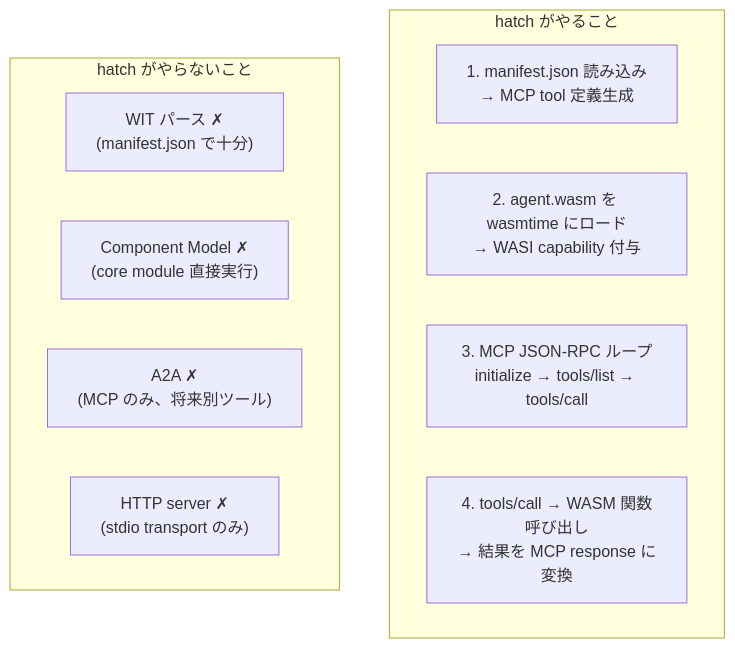
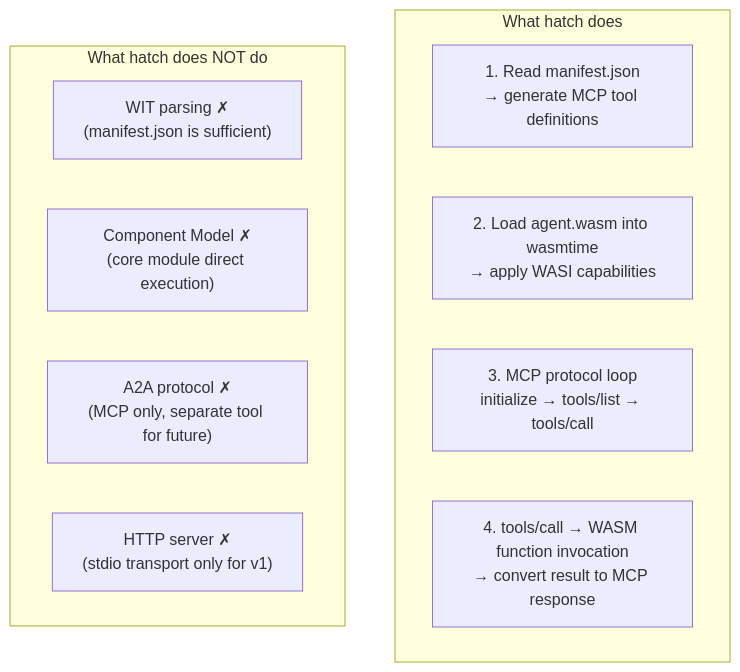
One commit to almide/almide changed the eighth of 8 diagrams in docs/wasm/agent-container.md. Above: the diagram before and after it, drawn with Mermaid. The commit also changed other lines of this file and 5 other files, not shown here.

Commit message:
Expand docs/wasm/ to 5,145 lines: deep technical reference for WASM agent containers

````diff
--- a/docs/wasm/agent-container.md
+++ b/docs/wasm/agent-container.md
@@ -281,16 +1059,16 @@
 ```mermaid
 graph TB
-    subgraph "hatch がやること"
-        READ_MANIFEST["1. manifest.json 読み込み<br/>→ MCP tool 定義生成"]
-        LOAD_WASM["2. agent.wasm を wasmtime にロード<br/>→ WASI capability 付与"]
-        MCP_LOOP["3. MCP JSON-RPC ループ<br/>initialize → tools/list → tools/call"]
-        DISPATCH["4. tools/call → WASM 関数呼び出し<br/>→ 結果を MCP response に変換"]
+    subgraph "What hatch does"
+        READ_MANIFEST["1. Read manifest.json<br/>→ generate MCP tool definitions"]
+        LOAD_WASM["2. Load agent.wasm into wasmtime<br/>→ apply WASI capabilities"]
+        MCP_LOOP["3. MCP protocol loop<br/>initialize → tools/list → tools/call"]
+        DISPATCH["4. tools/call → WASM function invocation<br/>→ convert result to MCP response"]
     end
 
-    subgraph "hatch がやらないこと"
-        NO_WIT["WIT パース ✗<br/>(manifest.json で十分)"]
-        NO_COMPONENT["Component Model ✗<br/>(core module 直接実行)"]
-        NO_A2A["A2A ✗<br/>(MCP のみ、将来別ツール)"]
-        NO_HTTP["HTTP server ✗<br/>(stdio transport のみ)"]
+    subgraph "What hatch does NOT do"
+        NO_WIT["WIT parsing ✗<br/>(manifest.json is sufficient)"]
+        NO_COMPONENT["Component Model ✗<br/>(core module direct execution)"]
+        NO_A2A["A2A protocol ✗<br/>(MCP only, separate tool for future)"]
+        NO_HTTP["HTTP server ✗<br/>(stdio transport only for v1)"]
     end
 ```
````
